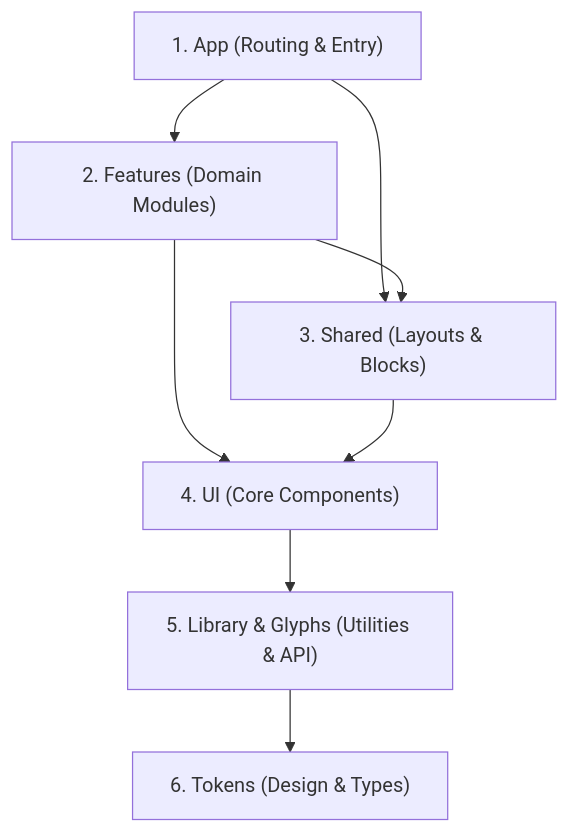
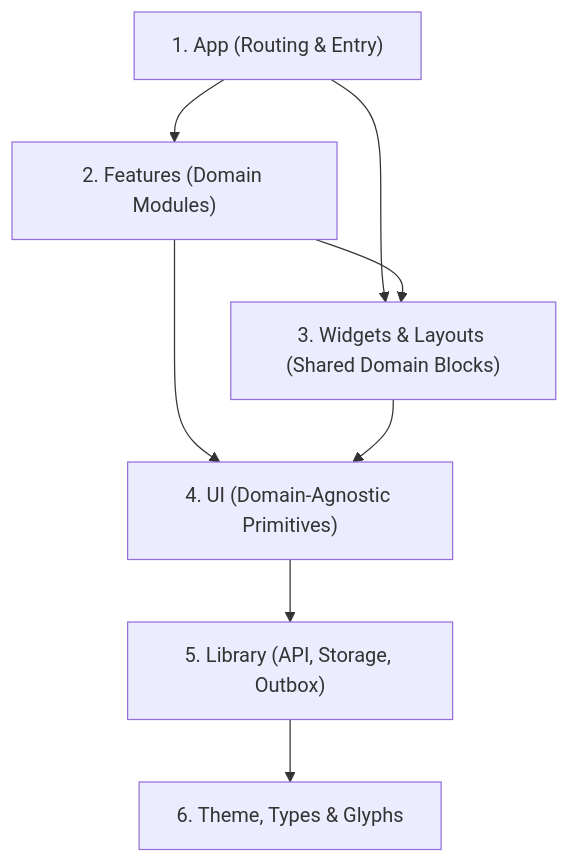
The diagram in openwiki/architecture.md (nbhansen/Talrum), drawn with Mermaid before and after one commit. The commit also changed other lines of this file and 6 other files, not shown here.

````diff
--- a/openwiki/architecture.md
+++ b/openwiki/architecture.md
@@ -16,17 +20,17 @@
 ```mermaid
 flowchart TD
     App["1. App (Routing & Entry)"]
     Features["2. Features (Domain Modules)"]
-    Shared["3. Shared (Layouts & Blocks)"]
-    UI["4. UI (Core Components)"]
-    Library["5. Library & Glyphs (Utilities & API)"]
-    Tokens["6. Tokens (Design & Types)"]
+    WidgetsLayouts["3. Widgets & Layouts (Shared Domain Blocks)"]
+    UI["4. UI (Domain-Agnostic Primitives)"]
+    Lib["5. Library (API, Storage, Outbox)"]
+    SharedBottom["6. Theme, Types & Glyphs"]
 
     App --> Features
-    App --> Shared
-    Features --> Shared
+    App --> WidgetsLayouts
+    Features --> WidgetsLayouts
     Features --> UI
-    Shared --> UI
-    UI --> Library
-    Library --> Tokens
+    WidgetsLayouts --> UI
+    UI --> Lib
+    Lib --> SharedBottom
 ```
````
